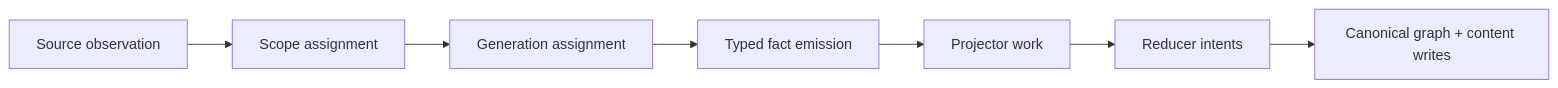
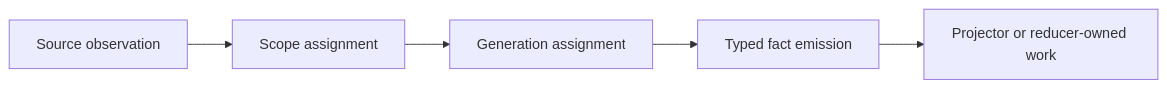
Before and after one commit to eshu-hq/eshu: the diagram in docs/public/guides/collector-authoring.md, drawn with Mermaid. The commit also changed other lines of this file and 12 other files, not shown here.

````diff
--- a/docs/public/guides/collector-authoring.md
+++ b/docs/public/guides/collector-authoring.md
@@ -36,9 +15,7 @@
 ```mermaid
 flowchart LR
-  A["Source observation"] --> B["Scope assignment"]
-  B --> C["Generation assignment"]
-  C --> D["Typed fact emission"]
-  D --> E["Projector work"]
-  E --> F["Reducer intents"]
-  F --> G["Canonical graph + content writes"]
+  Source["Source observation"] --> Scope["Scope assignment"]
+  Scope --> Generation["Generation assignment"]
+  Generation --> Facts["Typed fact emission"]
+  Facts --> Projection["Projector or reducer-owned work"]
 ```
````
